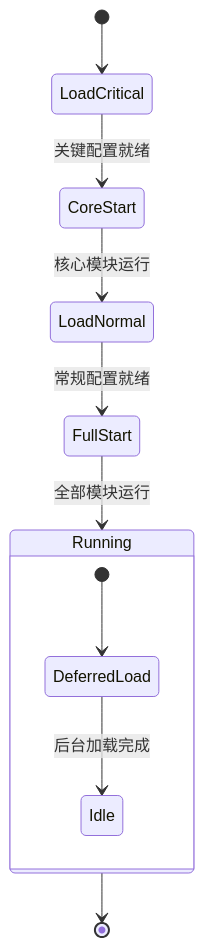
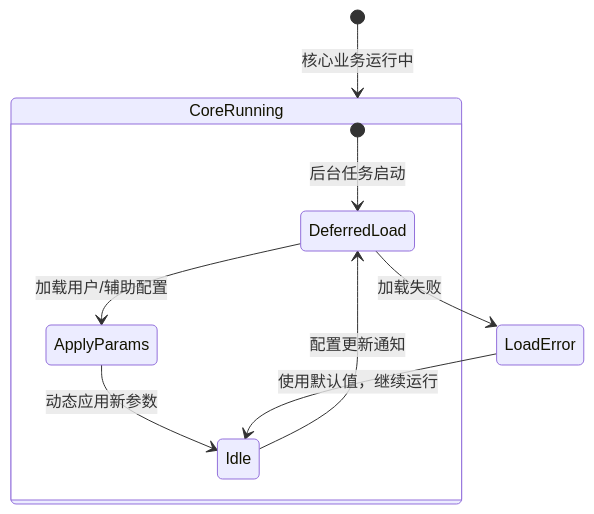
One commit to DeguiLiu/tech-notes changed the third of 3 diagrams in content/posts/blog/embedded_config_serialization.md. Above: the diagram before and after it, drawn with Mermaid. The commit also changed other lines of this file, not shown here.

````diff
--- a/content/posts/blog/embedded_config_serialization.md
+++ b/content/posts/blog/embedded_config_serialization.md
@@ -555,14 +724,12 @@
 ```mermaid
 stateDiagram-v2
-    [*] --> LoadCritical
-    LoadCritical --> CoreStart : 关键配置就绪
-    CoreStart --> LoadNormal : 核心模块运行
-    LoadNormal --> FullStart : 常规配置就绪
-    FullStart --> Running : 全部模块运行
-    Running --> [*]
-
-    state Running {
-        [*] --> DeferredLoad
-        DeferredLoad --> Idle : 后台加载完成
+    [*] --> CoreRunning : 核心业务运行中
+    state CoreRunning {
+        [*] --> DeferredLoad : 后台任务启动
+        DeferredLoad --> ApplyParams : 加载用户/辅助配置
+        ApplyParams --> Idle : 动态应用新参数
+        Idle --> DeferredLoad : 配置更新通知
     }
+    DeferredLoad --> LoadError : 加载失败
+    LoadError --> Idle : 使用默认值，继续运行
 ```
````
